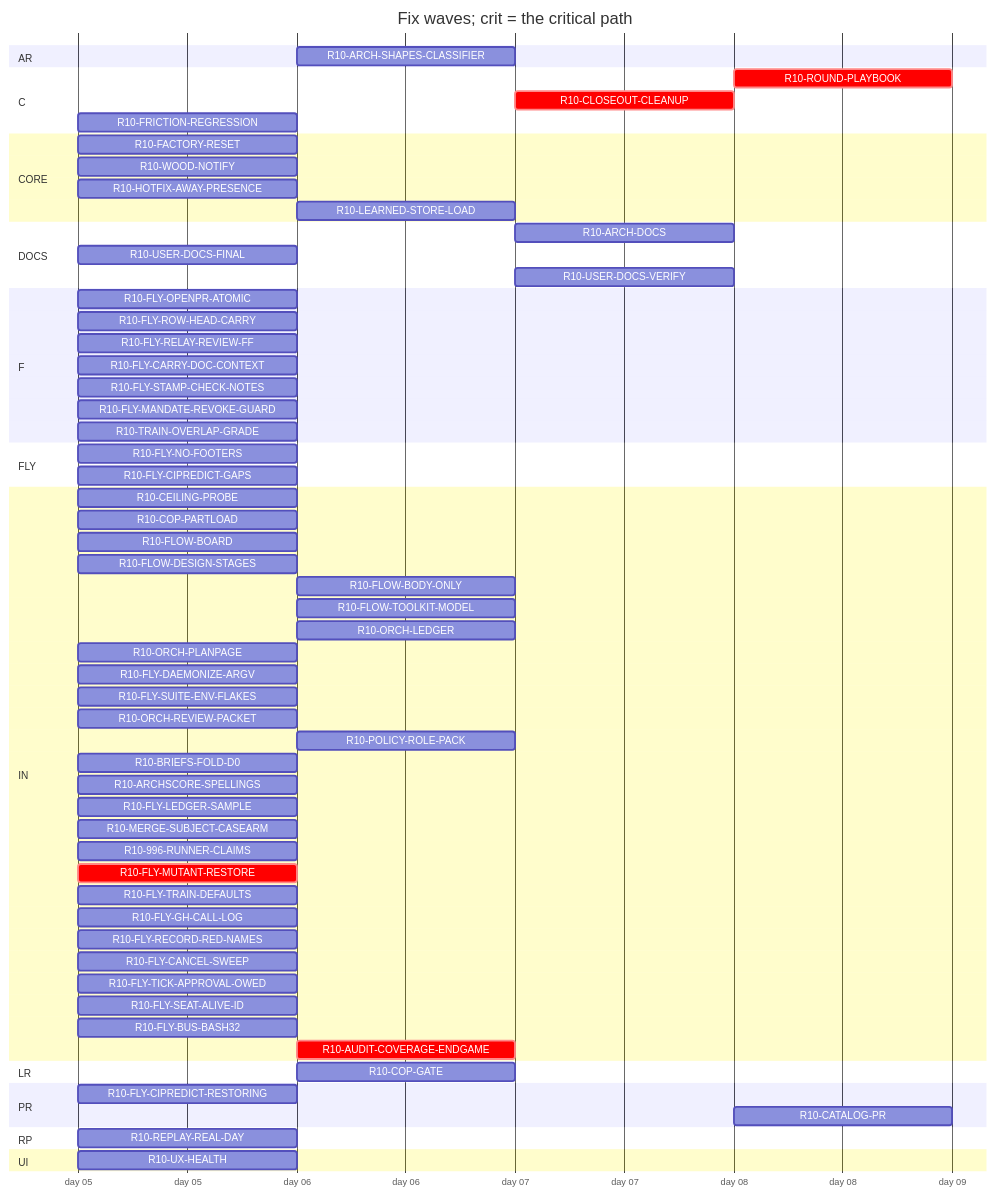
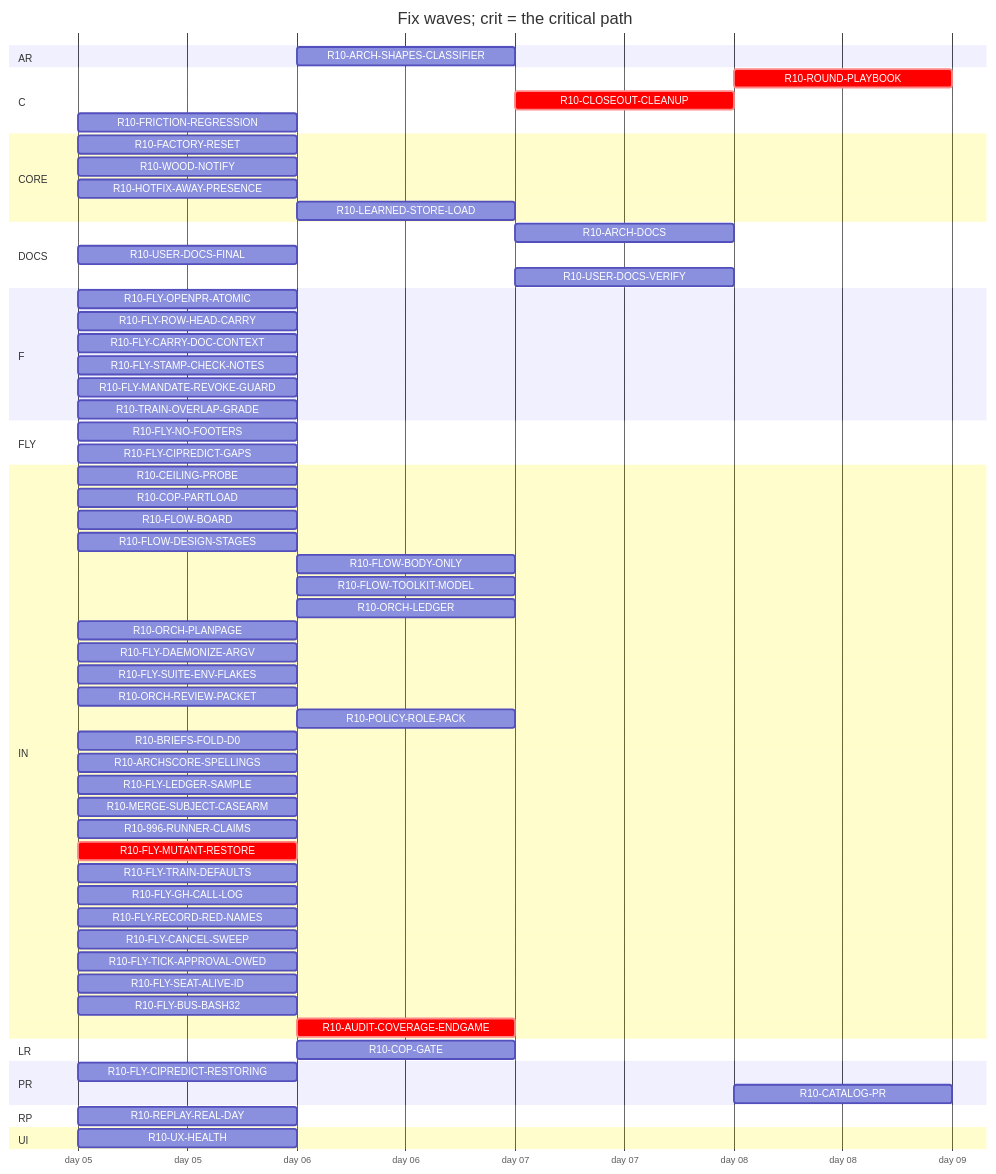
The diagram in handoff/round10/state/PLAN-TABLE.md (tvofi/heatpump_optimizer), drawn with Mermaid before and after one commit. The commit also changed other lines of this file and 3 other files, not shown here.

Commit message:
state: FLOW-BOARD.md, NEXT-SESSION-PROMPT.md, PLAN-TABLE.md, RESUME-CURRENT.md regenerated (state_docs.py)

````diff
--- a/handoff/round10/state/PLAN-TABLE.md
+++ b/handoff/round10/state/PLAN-TABLE.md
@@ -24,68 +24,67 @@
 ```mermaid
 gantt
   title Fix waves; crit = the critical path
   dateFormat YYYY-MM-DD
   axisFormat day %d
   section AR
     R10-ARCH-SHAPES-CLASSIFIER :r10ARCHSHAPESCLASSIFIER, after r10996RUNNERCLAIMS, 1d
   section C
-    R10-ROUND-PLAYBOOK :crit, r10ROUNDPLAYBOOK, after r10ORCHLEDGER r10ORCHPLANPAGE r10FLYRELAYREVIEWFF r10FLOWBODYONLY r10AUDITCOVERAGEENDGAME r10FLOWDESIGNSTAGES r10FLOWTOOLKITMODEL r10TRAINOVERLAPGRADE r10FLYTRAINDEFAULTS r10FLYCANCELSWEEP r10POLICYROLEPACK r10ORCHREVIEWPACKET r10FLOWBOARD r10CLOSEOUTCLEANUP, 1d
+    R10-ROUND-PLAYBOOK :crit, r10ROUNDPLAYBOOK, after r10ORCHLEDGER r10ORCHPLANPAGE r10FLOWBODYONLY r10AUDITCOVERAGEENDGAME r10FLOWDESIGNSTAGES r10FLOWTOOLKITMODEL r10TRAINOVERLAPGRADE r10FLYTRAINDEFAULTS r10FLYCANCELSWEEP r10POLICYROLEPACK r10ORCHREVIEWPACKET r10FLOWBOARD r10CLOSEOUTCLEANUP, 1d
     R10-CLOSEOUT-CLEANUP :crit, r10CLOSEOUTCLEANUP, after r10AUDITCOVERAGEENDGAME, 1d
     R10-FRICTION-REGRESSION :r10FRICTIONREGRESSION, 2026-01-05, 1d
   section CORE
     R10-FACTORY-RESET :r10FACTORYRESET, 2026-01-05, 1d
     R10-WOOD-NOTIFY :r10WOODNOTIFY, 2026-01-05, 1d
     R10-HOTFIX-AWAY-PRESENCE :r10HOTFIXAWAYPRESENCE, 2026-01-05, 1d
     R10-LEARNED-STORE-LOAD :r10LEARNEDSTORELOAD, after r10FACTORYRESET, 1d
   section DOCS
-    R10-ARCH-DOCS :r10ARCHDOCS, after r10COPGATE r10UXHEALTH r10CEILINGPROBE r10COPPARTLOAD r10FLOWBOARD r10FLOWDESIGNSTAGES r10FLOWBODYONLY r10FLYOPENPRATOMIC r10FLYROWHEADCARRY r10FLYRELAYREVIEWFF r10FLYCARRYDOCCONTEXT r10FLOWTOOLKITMODEL r10FLYSTAMPCHECKNOTES r10FLYMANDATEREVOKEGUARD r10TRAINOVERLAPGRADE r10FLYSUITEENVFLAKES r10ORCHLEDGER r10ORCHPLANPAGE r10FLYDAEMONIZEARGV r10ORCHREVIEWPACKET r10POLICYROLEPACK r10BRIEFSFOLDD0 r10REPLAYREALDAY r10ARCHSCORESPELLINGS r10FLYLEDGERSAMPLE, 1d
+    R10-ARCH-DOCS :r10ARCHDOCS, after r10COPGATE r10UXHEALTH r10CEILINGPROBE r10COPPARTLOAD r10FLOWBOARD r10FLOWDESIGNSTAGES r10FLOWBODYONLY r10FLYOPENPRATOMIC r10FLYROWHEADCARRY r10FLYCARRYDOCCONTEXT r10FLOWTOOLKITMODEL r10FLYSTAMPCHECKNOTES r10FLYMANDATEREVOKEGUARD r10TRAINOVERLAPGRADE r10FLYSUITEENVFLAKES r10ORCHLEDGER r10ORCHPLANPAGE r10FLYDAEMONIZEARGV r10ORCHREVIEWPACKET r10POLICYROLEPACK r10BRIEFSFOLDD0 r10REPLAYREALDAY r10ARCHSCORESPELLINGS r10FLYLEDGERSAMPLE, 1d
     R10-USER-DOCS-FINAL :r10USERDOCSFINAL, 2026-01-05, 1d
     R10-USER-DOCS-VERIFY :r10USERDOCSVERIFY, after r10COPGATE r10UXHEALTH r10CEILINGPROBE r10COPPARTLOAD r10FACTORYRESET r10WOODNOTIFY r10USERDOCSFINAL r10ARCHSHAPESCLASSIFIER r10HOTFIXAWAYPRESENCE, 1d
   section F
     R10-FLY-OPENPR-ATOMIC :r10FLYOPENPRATOMIC, 2026-01-05, 1d
     R10-FLY-ROW-HEAD-CARRY :r10FLYROWHEADCARRY, 2026-01-05, 1d
-    R10-FLY-RELAY-REVIEW-FF :r10FLYRELAYREVIEWFF, 2026-01-05, 1d
     R10-FLY-CARRY-DOC-CONTEXT :r10FLYCARRYDOCCONTEXT, 2026-01-05, 1d
     R10-FLY-STAMP-CHECK-NOTES :r10FLYSTAMPCHECKNOTES, 2026-01-05, 1d
     R10-FLY-MANDATE-REVOKE-GUARD :r10FLYMANDATEREVOKEGUARD, 2026-01-05, 1d
     R10-TRAIN-OVERLAP-GRADE :r10TRAINOVERLAPGRADE, 2026-01-05, 1d
   section FLY
     R10-FLY-NO-FOOTERS :r10FLYNOFOOTERS, 2026-01-05, 1d
     R10-FLY-CIPREDICT-GAPS :r10FLYCIPREDICTGAPS, 2026-01-05, 1d
   section IN
     R10-CEILING-PROBE :r10CEILINGPROBE, 2026-01-05, 1d
     R10-COP-PARTLOAD :r10COPPARTLOAD, 2026-01-05, 1d
     R10-FLOW-BOARD :r10FLOWBOARD, 2026-01-05, 1d
     R10-FLOW-DESIGN-STAGES :r10FLOWDESIGNSTAGES, 2026-01-05, 1d
     R10-FLOW-BODY-ONLY :r10FLOWBODYONLY, after r10FLYOPENPRATOMIC, 1d
     R10-FLOW-TOOLKIT-MODEL :r10FLOWTOOLKITMODEL, after r10ORCHPLANPAGE r10FLYCANCELSWEEP, 1d
     R10-ORCH-LEDGER :r10ORCHLEDGER, after r10FLYCANCELSWEEP, 1d
     R10-ORCH-PLANPAGE :r10ORCHPLANPAGE, 2026-01-05, 1d
     R10-FLY-DAEMONIZE-ARGV :r10FLYDAEMONIZEARGV, 2026-01-05, 1d
     R10-FLY-SUITE-ENV-FLAKES :r10FLYSUITEENVFLAKES, 2026-01-05, 1d
     R10-ORCH-REVIEW-PACKET :r10ORCHREVIEWPACKET, 2026-01-05, 1d
     R10-POLICY-ROLE-PACK :r10POLICYROLEPACK, after r10FLOWDESIGNSTAGES, 1d
     R10-BRIEFS-FOLD-D0 :r10BRIEFSFOLDD0, 2026-01-05, 1d
     R10-ARCHSCORE-SPELLINGS :r10ARCHSCORESPELLINGS, 2026-01-05, 1d
     R10-FLY-LEDGER-SAMPLE :r10FLYLEDGERSAMPLE, 2026-01-05, 1d
     R10-MERGE-SUBJECT-CASEARM :r10MERGESUBJECTCASEARM, 2026-01-05, 1d
     R10-996-RUNNER-CLAIMS :r10996RUNNERCLAIMS, 2026-01-05, 1d
     R10-FLY-MUTANT-RESTORE :crit, r10FLYMUTANTRESTORE, 2026-01-05, 1d
     R10-FLY-TRAIN-DEFAULTS :r10FLYTRAINDEFAULTS, 2026-01-05, 1d
     R10-FLY-GH-CALL-LOG :r10FLYGHCALLLOG, 2026-01-05, 1d
     R10-FLY-RECORD-RED-NAMES :r10FLYRECORDREDNAMES, 2026-01-05, 1d
     R10-FLY-CANCEL-SWEEP :r10FLYCANCELSWEEP, 2026-01-05, 1d
     R10-FLY-TICK-APPROVAL-OWED :r10FLYTICKAPPROVALOWED, 2026-01-05, 1d
     R10-FLY-SEAT-ALIVE-ID :r10FLYSEATALIVEID, 2026-01-05, 1d
     R10-FLY-BUS-BASH32 :r10FLYBUSBASH32, 2026-01-05, 1d
     R10-AUDIT-COVERAGE-ENDGAME :crit, r10AUDITCOVERAGEENDGAME, after r10FLYMUTANTRESTORE r10996RUNNERCLAIMS, 1d
   section LR
     R10-COP-GATE :r10COPGATE, after r10CEILINGPROBE, 1d
   section PR
     R10-FLY-CIPREDICT-RESTORING :r10FLYCIPREDICTRESTORING, 2026-01-05, 1d
     R10-CATALOG-PR :r10CATALOGPR, after r10USERDOCSVERIFY r10AUDITCOVERAGEENDGAME, 1d
   section RP
     R10-REPLAY-REAL-DAY :r10REPLAYREALDAY, 2026-01-05, 1d
   section UI
     R10-UX-HEALTH :r10UXHEALTH, 2026-01-05, 1d
 ```
````
